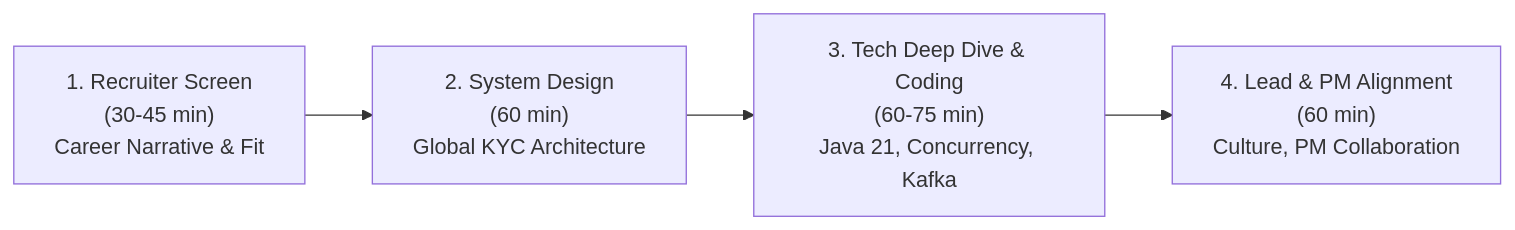
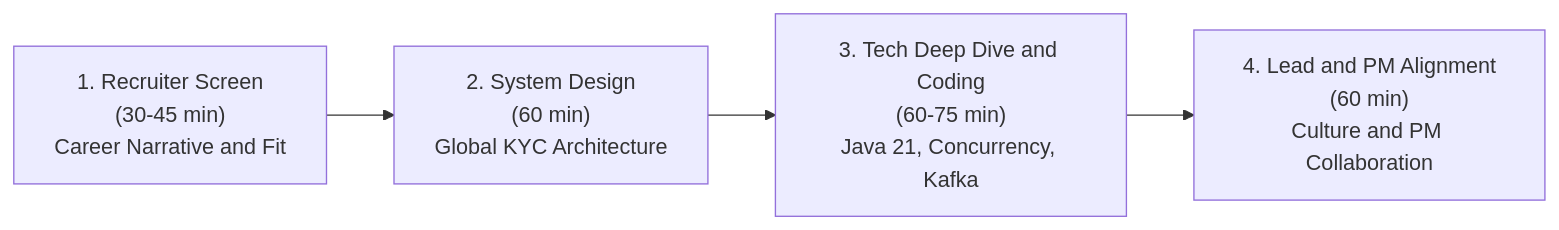
One commit to snehanathani/global-kyc-onboarding-platform changed the diagram in INTERVIEW_PLAYBOOK.md. Above: the diagram before and after it, drawn with Mermaid. The commit also changed other lines of this file and 99 other files, not shown here.

Commit message:
refactor: generalize package to com.fintech.kyc, fix mermaid syntax, and remove proprietary naming

````diff
--- a/INTERVIEW_PLAYBOOK.md
+++ b/INTERVIEW_PLAYBOOK.md
@@ -28,7 +28,6 @@
 ```mermaid
 flowchart LR
-    S1["1. Recruiter Screen<br/>(30-45 min)<br/>Career Narrative & Fit"] --> 
-    S2["2. System Design<br/>(60 min)<br/>Global KYC Architecture"] --> 
-    S3["3. Tech Deep Dive & Coding<br/>(60-75 min)<br/>Java 21, Concurrency, Kafka"] --> 
-    S4["4. Lead & PM Alignment<br/>(60 min)<br/>Culture, PM Collaboration"]
+    S1["1. Recruiter Screen<br/>(30-45 min)<br/>Career Narrative and Fit"] --> S2["2. System Design<br/>(60 min)<br/>Global KYC Architecture"]
+    S2 --> S3["3. Tech Deep Dive and Coding<br/>(60-75 min)<br/>Java 21, Concurrency, Kafka"]
+    S3 --> S4["4. Lead and PM Alignment<br/>(60 min)<br/>Culture and PM Collaboration"]
 ```
````
